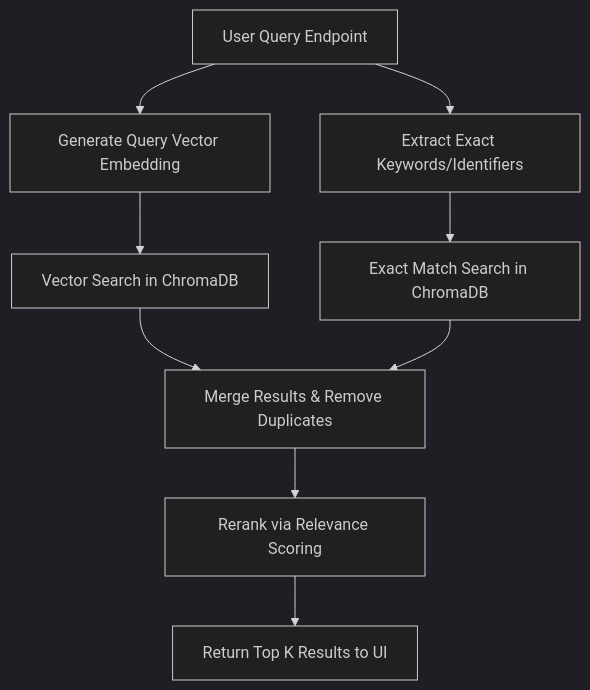
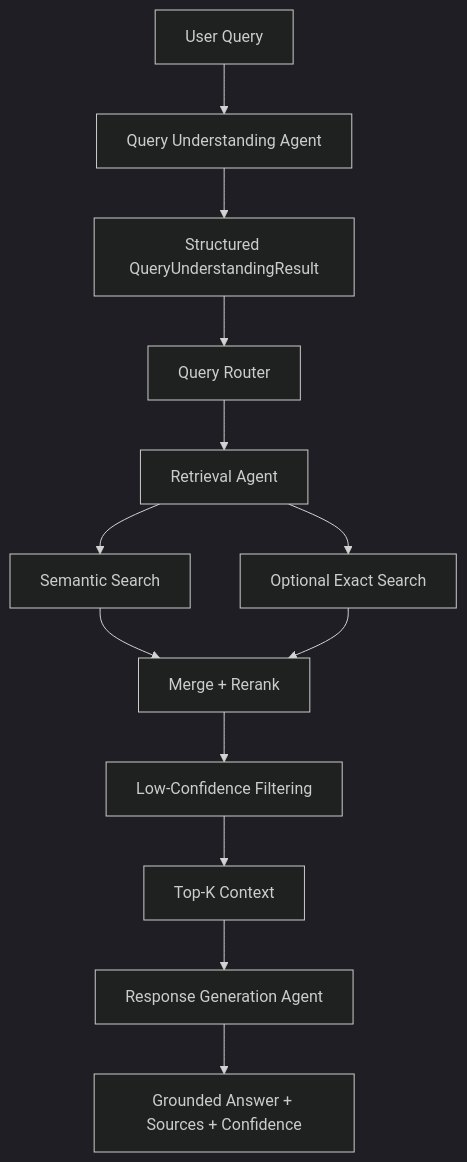
Before and after one commit to poojithamalaparaju-ctrl/Development-of-AI-Based-Knowledge-Retrieval-Platform-with-Query-Resolution-System: the seventh of 7 diagrams in PROJECT_GUIDE.md, drawn with Mermaid (dark theme). The commit also changed other lines of this file and 26 other files, not shown here.

````diff
--- a/PROJECT_GUIDE.md
+++ b/PROJECT_GUIDE.md
@@ -495,11 +660,15 @@
 ```mermaid
 graph TD
-    A[User Query Endpoint] --> B[Generate Query Vector Embedding]
-    B --> C[Vector Search in ChromaDB]
-    A --> D[Extract Exact Keywords/Identifiers]
-    D --> E[Exact Match Search in ChromaDB]
-    C --> F[Merge Results & Remove Duplicates]
-    E --> F
-    F --> G[Rerank via Relevance Scoring]
-    G --> H[Return Top K Results to UI]
+    A[User Query] --> B[Query Understanding Agent]
+    B --> C[Structured QueryUnderstandingResult]
+    C --> D[Query Router]
+    D --> E[Retrieval Agent]
+    E --> F[Semantic Search]
+    E --> G[Optional Exact Search]
+    F --> H[Merge + Rerank]
+    G --> H
+    H --> I[Low-Confidence Filtering]
+    I --> J[Top-K Context]
+    J --> K[Response Generation Agent]
+    K --> L[Grounded Answer + Sources + Confidence]
 ```
````
